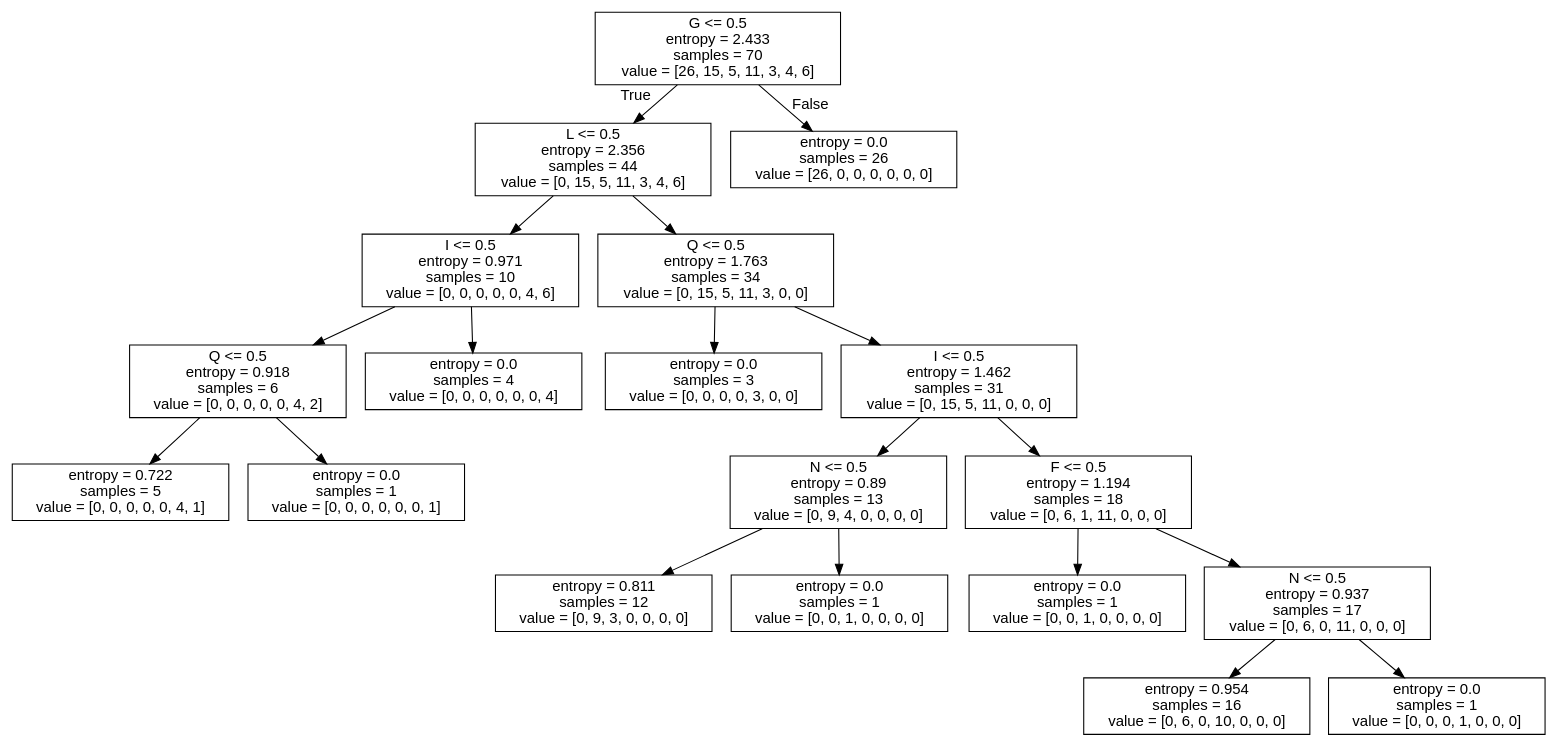
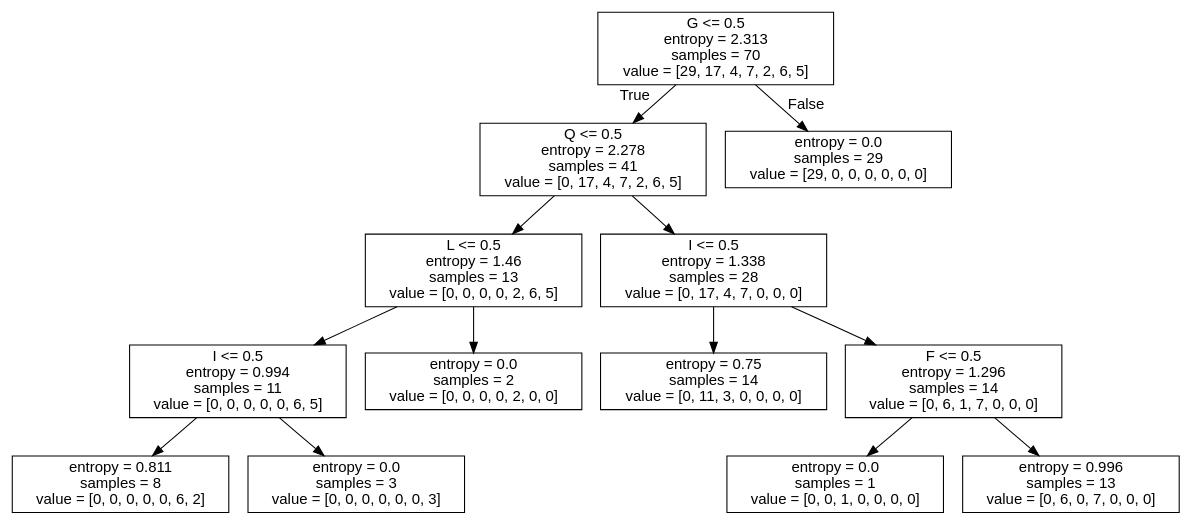
The diagram in EVAL/tree.dot (Weamix/ApprentissageArtificiel), drawn with Graphviz before and after one commit. The commit also changed 2 other files, not shown here.

```diff
--- a/EVAL/tree.dot
+++ b/EVAL/tree.dot
@@ -1,41 +1,29 @@
 digraph Tree {
 node [shape=box, fontname="helvetica"] ;
 edge [fontname="helvetica"] ;
-0 [label="G <= 0.5\nentropy = 2.433\nsamples = 70\nvalue = [26, 15, 5, 11, 3, 4, 6]"] ;
-1 [label="L <= 0.5\nentropy = 2.356\nsamples = 44\nvalue = [0, 15, 5, 11, 3, 4, 6]"] ;
+0 [label="G <= 0.5\nentropy = 2.313\nsamples = 70\nvalue = [29, 17, 4, 7, 2, 6, 5]"] ;
+1 [label="Q <= 0.5\nentropy = 2.278\nsamples = 41\nvalue = [0, 17, 4, 7, 2, 6, 5]"] ;
 0 -> 1 [labeldistance=2.5, labelangle=45, headlabel="True"] ;
-2 [label="I <= 0.5\nentropy = 0.971\nsamples = 10\nvalue = [0, 0, 0, 0, 0, 4, 6]"] ;
+2 [label="L <= 0.5\nentropy = 1.46\nsamples = 13\nvalue = [0, 0, 0, 0, 2, 6, 5]"] ;
 1 -> 2 ;
-3 [label="Q <= 0.5\nentropy = 0.918\nsamples = 6\nvalue = [0, 0, 0, 0, 0, 4, 2]"] ;
+3 [label="I <= 0.5\nentropy = 0.994\nsamples = 11\nvalue = [0, 0, 0, 0, 0, 6, 5]"] ;
 2 -> 3 ;
-4 [label="entropy = 0.722\nsamples = 5\nvalue = [0, 0, 0, 0, 0, 4, 1]"] ;
+4 [label="entropy = 0.811\nsamples = 8\nvalue = [0, 0, 0, 0, 0, 6, 2]"] ;
 3 -> 4 ;
-5 [label="entropy = 0.0\nsamples = 1\nvalue = [0, 0, 0, 0, 0, 0, 1]"] ;
+5 [label="entropy = 0.0\nsamples = 3\nvalue = [0, 0, 0, 0, 0, 0, 3]"] ;
 3 -> 5 ;
-6 [label="entropy = 0.0\nsamples = 4\nvalue = [0, 0, 0, 0, 0, 0, 4]"] ;
+6 [label="entropy = 0.0\nsamples = 2\nvalue = [0, 0, 0, 0, 2, 0, 0]"] ;
 2 -> 6 ;
-7 [label="Q <= 0.5\nentropy = 1.763\nsamples = 34\nvalue = [0, 15, 5, 11, 3, 0, 0]"] ;
+7 [label="I <= 0.5\nentropy = 1.338\nsamples = 28\nvalue = [0, 17, 4, 7, 0, 0, 0]"] ;
 1 -> 7 ;
-8 [label="entropy = 0.0\nsamples = 3\nvalue = [0, 0, 0, 0, 3, 0, 0]"] ;
+8 [label="entropy = 0.75\nsamples = 14\nvalue = [0, 11, 3, 0, 0, 0, 0]"] ;
 7 -> 8 ;
-9 [label="I <= 0.5\nentropy = 1.462\nsamples = 31\nvalue = [0, 15, 5, 11, 0, 0, 0]"] ;
+9 [label="F <= 0.5\nentropy = 1.296\nsamples = 14\nvalue = [0, 6, 1, 7, 0, 0, 0]"] ;
 7 -> 9 ;
-10 [label="N <= 0.5\nentropy = 0.89\nsamples = 13\nvalue = [0, 9, 4, 0, 0, 0, 0]"] ;
+10 [label="entropy = 0.0\nsamples = 1\nvalue = [0, 0, 1, 0, 0, 0, 0]"] ;
 9 -> 10 ;
-11 [label="entropy = 0.811\nsamples = 12\nvalue = [0, 9, 3, 0, 0, 0, 0]"] ;
-10 -> 11 ;
-12 [label="entropy = 0.0\nsamples = 1\nvalue = [0, 0, 1, 0, 0, 0, 0]"] ;
-10 -> 12 ;
-13 [label="F <= 0.5\nentropy = 1.194\nsamples = 18\nvalue = [0, 6, 1, 11, 0, 0, 0]"] ;
-9 -> 13 ;
-14 [label="entropy = 0.0\nsamples = 1\nvalue = [0, 0, 1, 0, 0, 0, 0]"] ;
-13 -> 14 ;
-15 [label="N <= 0.5\nentropy = 0.937\nsamples = 17\nvalue = [0, 6, 0, 11, 0, 0, 0]"] ;
-13 -> 15 ;
-16 [label="entropy = 0.954\nsamples = 16\nvalue = [0, 6, 0, 10, 0, 0, 0]"] ;
-15 -> 16 ;
-17 [label="entropy = 0.0\nsamples = 1\nvalue = [0, 0, 0, 1, 0, 0, 0]"] ;
-15 -> 17 ;
-18 [label="entropy = 0.0\nsamples = 26\nvalue = [26, 0, 0, 0, 0, 0, 0]"] ;
-0 -> 18 [labeldistance=2.5, labelangle=-45, headlabel="False"] ;
+11 [label="entropy = 0.996\nsamples = 13\nvalue = [0, 6, 0, 7, 0, 0, 0]"] ;
+9 -> 11 ;
+12 [label="entropy = 0.0\nsamples = 29\nvalue = [29, 0, 0, 0, 0, 0, 0]"] ;
+0 -> 12 [labeldistance=2.5, labelangle=-45, headlabel="False"] ;
 }
```
